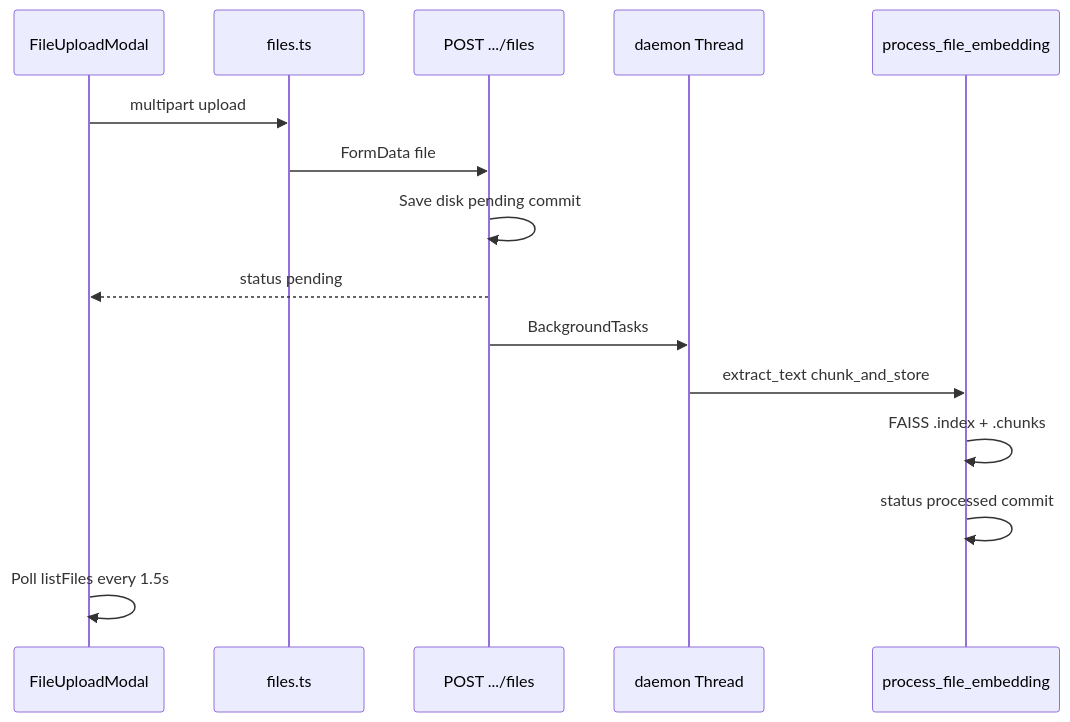
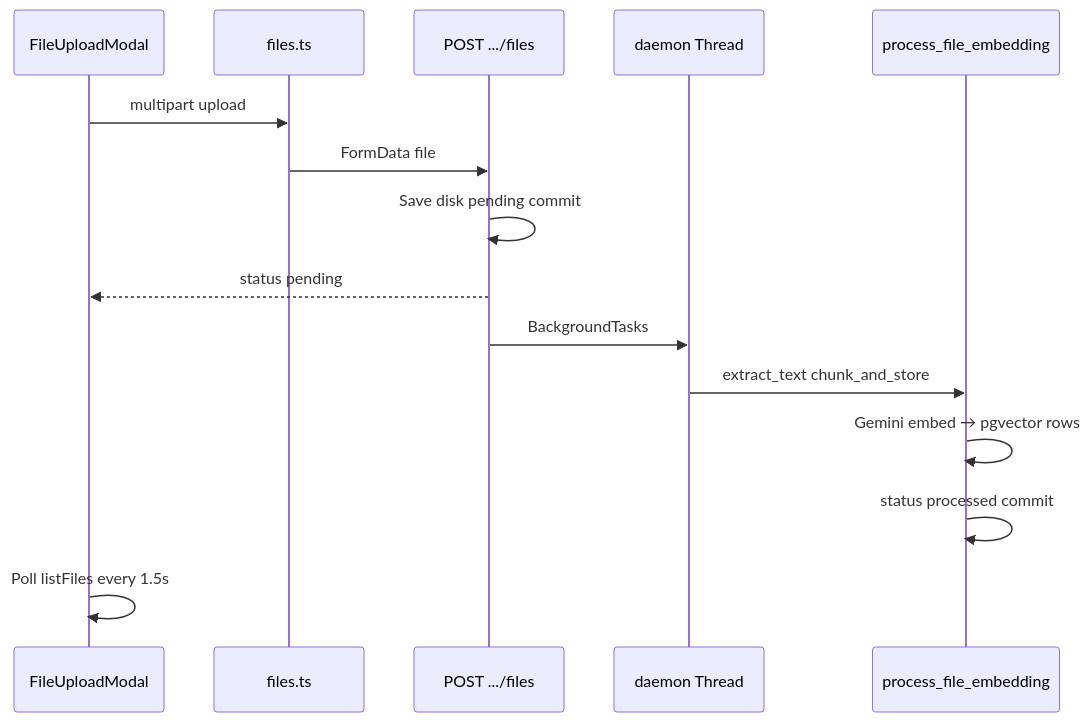
Before and after one commit to akshatha-22/chatbot-widget: the fifth of 11 diagrams in docs/02_architecture_diagrams.md, drawn with Mermaid. The commit also changed other lines of this file and 10 other files, not shown here.

````diff
--- a/docs/02_architecture_diagrams.md
+++ b/docs/02_architecture_diagrams.md
@@ -124,18 +124,18 @@
 ```mermaid
 sequenceDiagram
     participant W as FileUploadModal
     participant API as files.ts
     participant R as POST .../files
     participant BG as daemon Thread
     participant E as process_file_embedding
 
     W->>API: multipart upload
     API->>R: FormData file
     R->>R: Save disk pending commit
     R-->>W: status pending
     R->>BG: BackgroundTasks
     BG->>E: extract_text chunk_and_store
-    E->>E: FAISS .index + .chunks
+    E->>E: Gemini embed → pgvector rows
     E->>E: status processed commit
     W->>W: Poll listFiles every 1.5s
 ```
````
